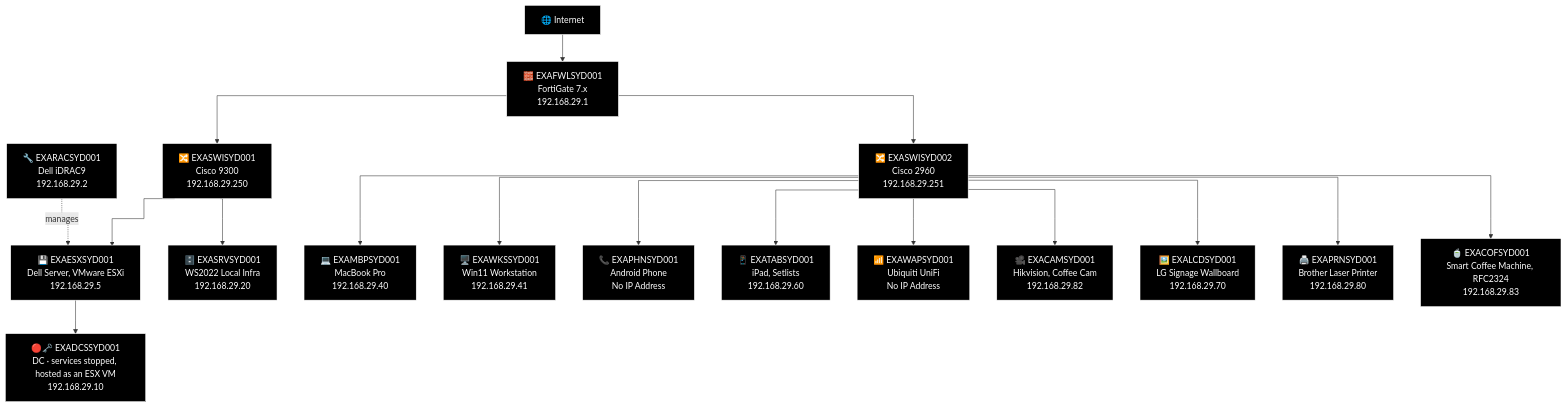
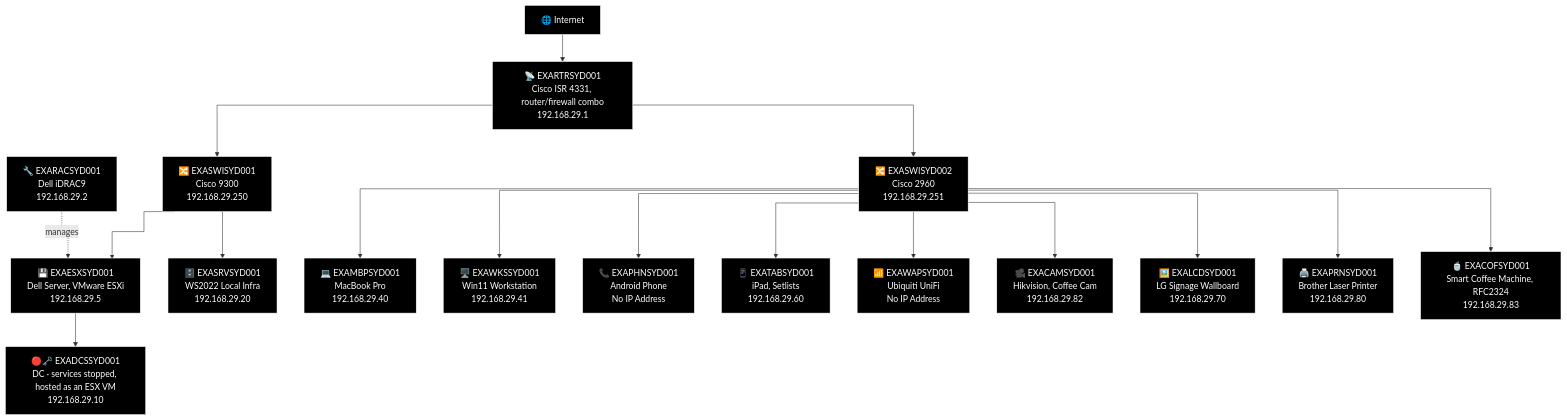
One commit to knightmare2600/example_music_infra changed the first of 6 diagrams in docs/network-diagram/australia.md. Above: the diagram before and after it, drawn with Mermaid. The commit also changed other lines of this file and 7 other files, not shown here.

````diff
--- a/docs/network-diagram/australia.md
+++ b/docs/network-diagram/australia.md
@@ -33,57 +33,57 @@
 ```mermaid
 %%{init: {'flowchart': {'curve': 'stepAfter'}}}%%
 graph TD
     O_INET["🌐 Internet"]
-    O_FWL["🧱 EXAFWLSYD001<br/>FortiGate 7.x<br/>192.168.29.1"]
-    O_INET --> O_FWL
+    O_RTR["📡 EXARTRSYD001<br/>Cisco ISR 4331, router/firewall combo<br/>192.168.29.1"]
+    O_INET --> O_RTR
     O_SW1["🔀 EXASWISYD001<br/>Cisco 9300<br/>192.168.29.250"]
     O_SW2["🔀 EXASWISYD002<br/>Cisco 2960<br/>192.168.29.251"]
-    O_FWL --> O_SW1
-    O_FWL --> O_SW2
+    O_RTR --> O_SW1
+    O_RTR --> O_SW2
 
     O_RAC["🔧 EXARACSYD001<br/>Dell iDRAC9<br/>192.168.29.2"]
     O_ESX["💾 EXAESXSYD001<br/>Dell Server, VMware ESXi<br/>192.168.29.5"]
     O_DC["🔴🗝️ EXADCSSYD001<br/>DC · services stopped, hosted as an ESX VM<br/>192.168.29.10"]
     O_SRV["🗄️ EXASRVSYD001<br/>WS2022 Local Infra<br/>192.168.29.20"]
     O_SW1 --> O_ESX
     O_RAC -.->|"manages"| O_ESX
     O_ESX --> O_DC
     O_SW1 --> O_SRV
 
     O_MBP["💻 EXAMBPSYD001<br/>MacBook Pro<br/>192.168.29.40"]
     O_WKS["🖥️ EXAWKSSYD001<br/>Win11 Workstation<br/>192.168.29.41"]
     O_PHN["📞 EXAPHNSYD001<br/>Android Phone<br/>No IP Address"]
     O_TAB["📱 EXATABSYD001<br/>iPad, Setlists<br/>192.168.29.60"]
     O_WAP["📶 EXAWAPSYD001<br/>Ubiquiti UniFi<br/>No IP Address"]
     O_CAM1["🎥 EXACAMSYD001<br/>Hikvision, Coffee Cam<br/>192.168.29.82"]
     O_LCD["🖼️ EXALCDSYD001<br/>LG Signage Wallboard<br/>192.168.29.70"]
     O_PRN["🖨️ EXAPRNSYD001<br/>Brother Laser Printer<br/>192.168.29.80"]
     O_COF["🍵 EXACOFSYD001<br/>Smart Coffee Machine, RFC2324<br/>192.168.29.83"]
     O_SW2 --> O_MBP
     O_SW2 --> O_WKS
     O_SW2 --> O_PHN
     O_SW2 --> O_TAB
     O_SW2 --> O_WAP
     O_SW2 --> O_CAM1
     O_SW2 --> O_LCD
     O_SW2 --> O_PRN
     O_SW2 --> O_COF
 
     style O_INET fill:#000000,stroke:#FFFFFF,color:#FFFFFF
-    style O_FWL fill:#000000,stroke:#FFFFFF,color:#FFFFFF
+    style O_RTR fill:#000000,stroke:#FFFFFF,color:#FFFFFF
     style O_SW1 fill:#000000,stroke:#FFFFFF,color:#FFFFFF
     style O_SW2 fill:#000000,stroke:#FFFFFF,color:#FFFFFF
     style O_RAC fill:#000000,stroke:#FFFFFF,color:#FFFFFF
     style O_ESX fill:#000000,stroke:#FFFFFF,color:#FFFFFF
     style O_DC fill:#000000,stroke:#FFFFFF,color:#FFFFFF
     style O_SRV fill:#000000,stroke:#FFFFFF,color:#FFFFFF
     style O_MBP fill:#000000,stroke:#FFFFFF,color:#FFFFFF
     style O_WKS fill:#000000,stroke:#FFFFFF,color:#FFFFFF
     style O_PHN fill:#000000,stroke:#FFFFFF,color:#FFFFFF
     style O_TAB fill:#000000,stroke:#FFFFFF,color:#FFFFFF
     style O_WAP fill:#000000,stroke:#FFFFFF,color:#FFFFFF
     style O_CAM1 fill:#000000,stroke:#FFFFFF,color:#FFFFFF
     style O_LCD fill:#000000,stroke:#FFFFFF,color:#FFFFFF
     style O_PRN fill:#000000,stroke:#FFFFFF,color:#FFFFFF
     style O_COF fill:#000000,stroke:#FFFFFF,color:#FFFFFF
 ```
````
